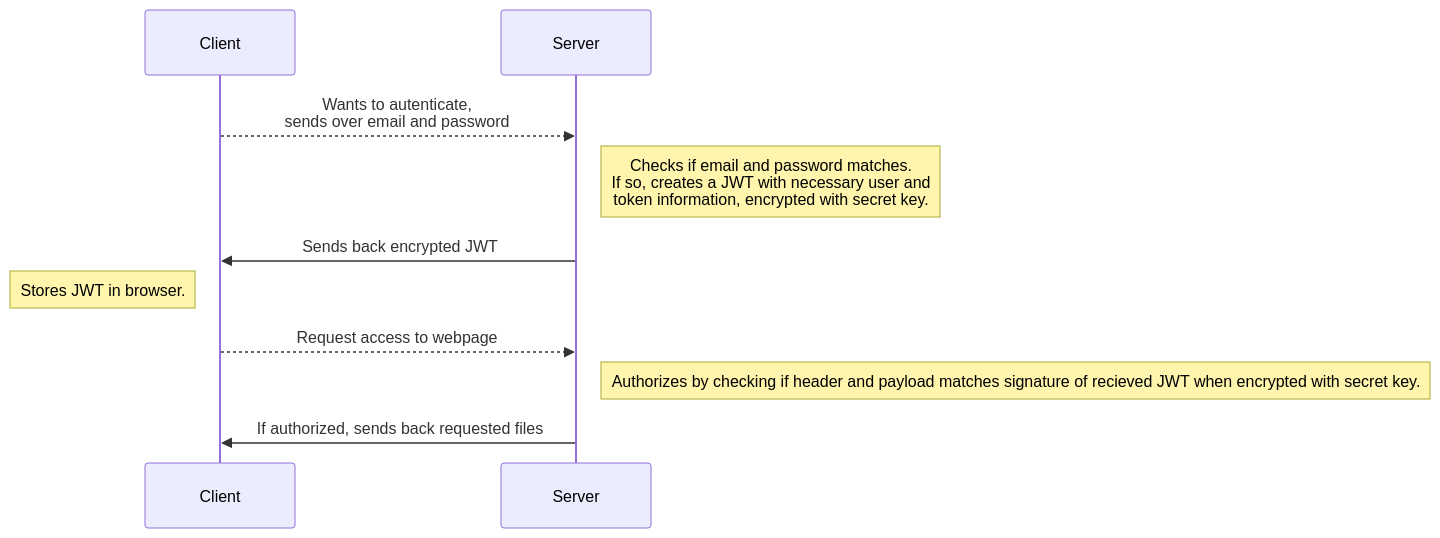
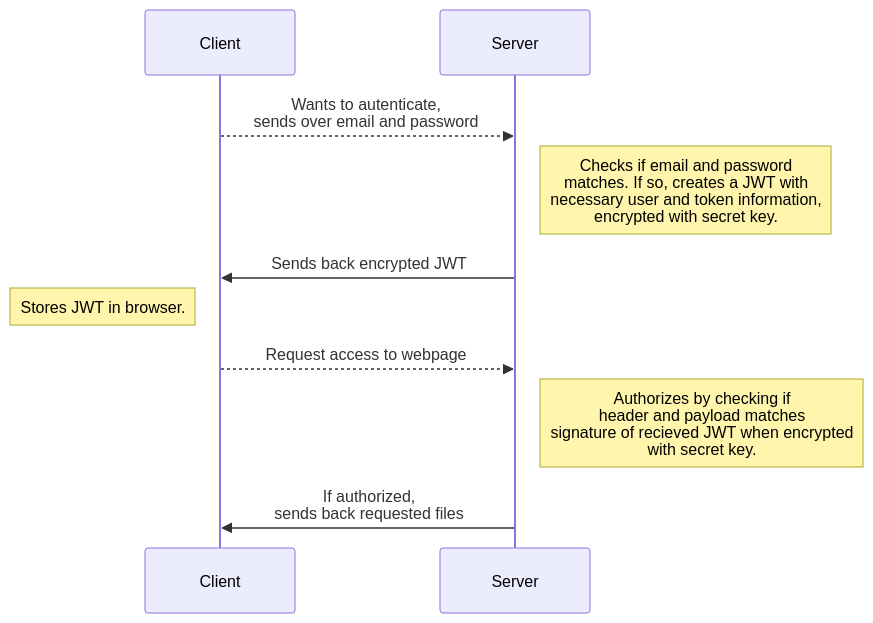
The first of 4 diagrams in README.md (AnnaToll/user-stories), drawn with Mermaid before and after one commit.

Commit message:
Sequence diagram - line break tweeks

````diff
--- a/README.md
+++ b/README.md
@@ -3,11 +3,11 @@
 ```mermaid
 sequenceDiagram
 	Client-->>Server: Wants to autenticate,<br>sends over email and password
-	Note right of Server: Checks if email and password matches.<br>If so, creates a JWT with necessary user and<br> token information, encrypted with secret key.
+	Note right of Server: Checks if email and password<br>matches. If so, creates a JWT with <br> necessary user and token information,<br>encrypted with secret key.
 	Server->>Client: Sends back encrypted JWT
 	Note left of Client: Stores JWT in browser.
 	Client-->>Server: Request access to webpage
-	Note right of Server: Authorizes by checking if header and payload matches signature of recieved JWT when encrypted with secret key.
-	Server->>Client: If authorized, sends back requested files
+	Note right of Server: Authorizes by checking if<br>header and payload matches<br>signature of recieved JWT when encrypted<br>with secret key.
+	Server->>Client: If authorized,<br>sends back requested files
 	
 ```
````
